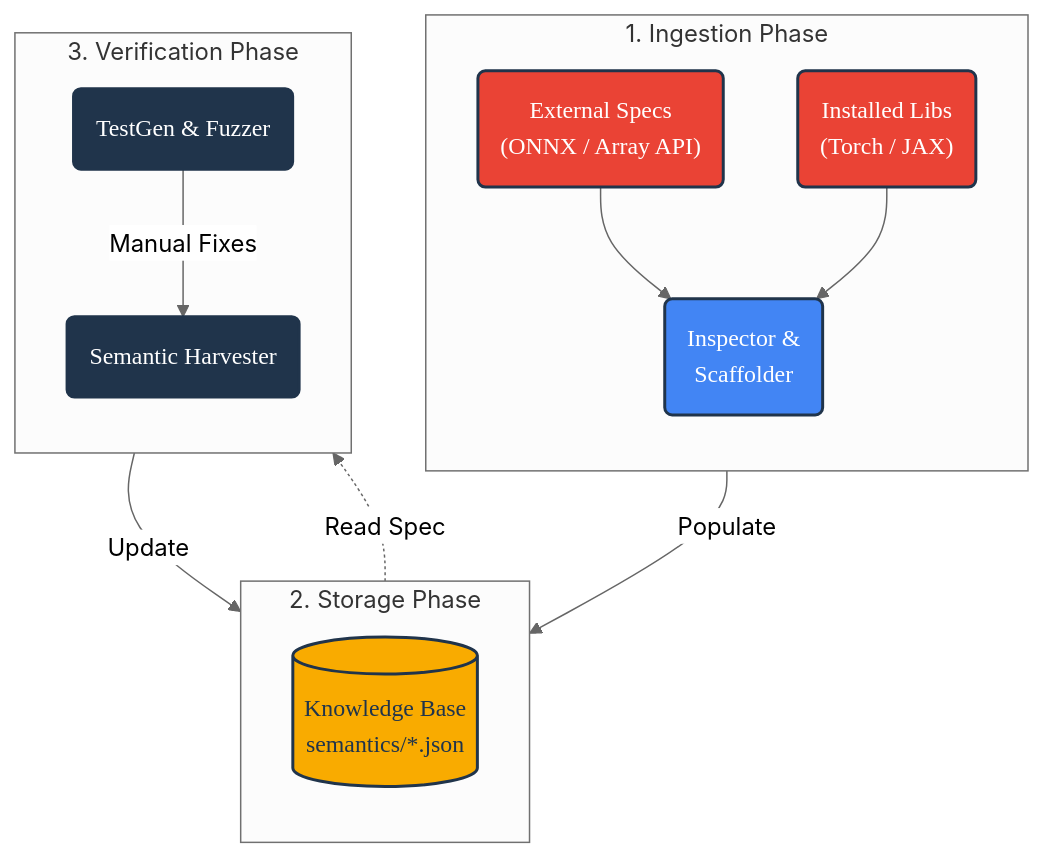
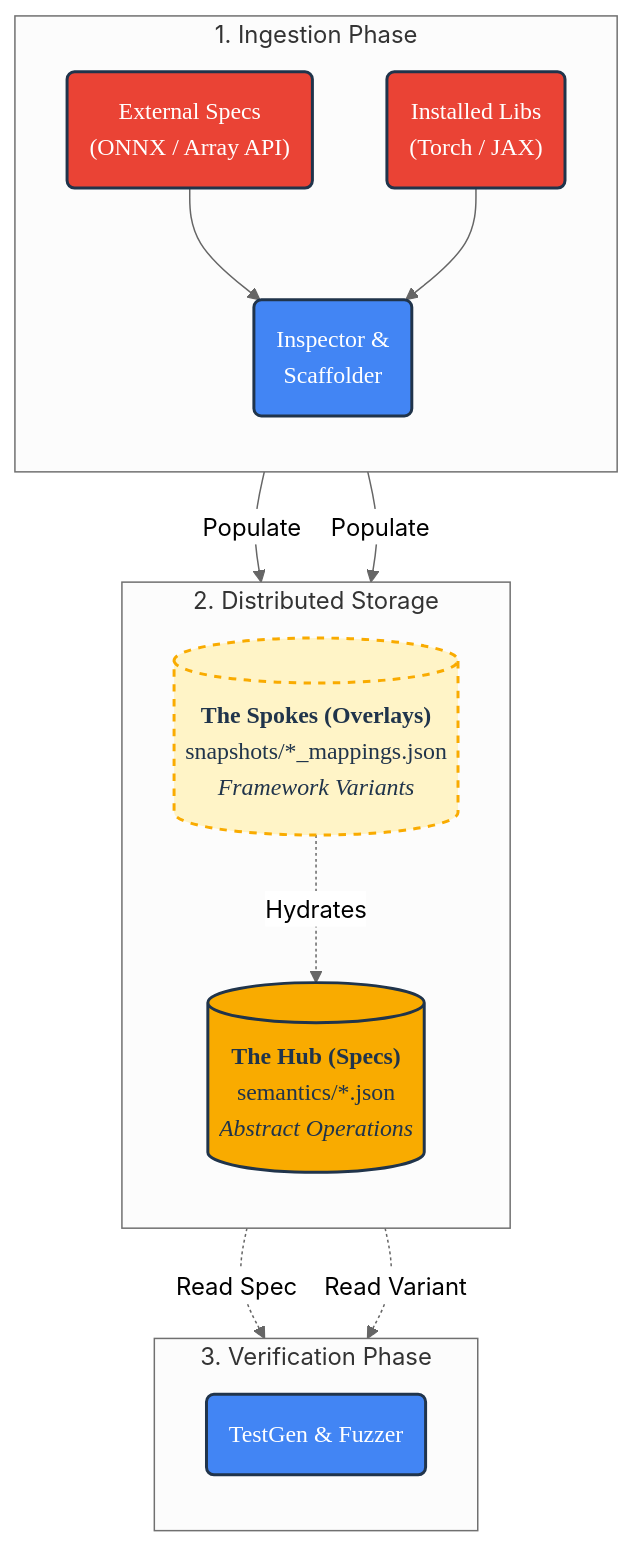
One commit to SamuelMarks/ml-switcheroo changed the first of 2 diagrams in ARCHITECTURE.md. Above: the diagram before and after it, drawn with Mermaid (neutral theme). The commit also changed other lines of this file and 28 other files, not shown here.

````diff
--- a/ARCHITECTURE.md
+++ b/ARCHITECTURE.md
@@ -24,40 +22,45 @@
 ```mermaid
 graph TD
-    %% --- STYLE DEFINITIONS ---
-    classDef default font-family:'Google Sans Normal',color:#20344b,stroke:#20344b;
-    classDef input fill:#ea4335,stroke:#20344b,stroke-width:2px,color:#ffffff,font-family:'Google Sans Medium',rx:5px;
-    classDef build fill:#4285f4,stroke:#20344b,stroke-width:2px,color:#ffffff,font-family:'Google Sans Medium',rx:5px;
-    classDef store fill:#f9ab00,stroke:#20344b,stroke-width:2px,color:#20344b,font-family:'Google Sans Medium',rx:0px;
-    classDef verify fill:#20344b,stroke:#20344b,stroke-width:2px,color:#ffffff,font-family:'Google Sans Medium',rx:5px;
+    %% --- STYLE DEFINITIONS --- 
+    classDef default font-family:'Google Sans',color:#20344b,stroke:#20344b; 
+    classDef input fill:#ea4335,stroke:#20344b,stroke-width:2px,color:#ffffff,font-family:'Google Sans',rx:5px; 
+    classDef build fill:#4285f4,stroke:#20344b,stroke-width:2px,color:#ffffff,font-family:'Google Sans',rx:5px; 
+    classDef hub fill:#f9ab00,stroke:#20344b,stroke-width:2px,color:#20344b,font-family:'Google Sans',rx:5px; 
+    classDef spoke fill:#fff4c7,stroke:#f9ab00,stroke-width:2px,stroke-dasharray: 5 5,color:#20344b,font-family:'Google Sans',rx:5px; 
 
-    %% --- PHASE 1: DISCOVERY ---
-    subgraph P1 [1. Ingestion Phase]
+    %% --- PHASE 1: DISCOVERY --- 
+    subgraph P1 ["1. Ingestion Phase"]
         direction TB
         STANDARDS("External Specs<br/>(ONNX / Array API)"):::input
         LIBS("Installed Libs<br/>(Torch / JAX)"):::input
         
         INSPECTOR("Inspector &<br/>Scaffolder"):::build
         
         STANDARDS --> INSPECTOR
         LIBS --> INSPECTOR
     end
 
-    %% --- PHASE 2: STORAGE ---
-    subgraph P2 [2. Storage Phase]
+    %% --- PHASE 2: STORAGE --- 
+    subgraph P2 ["2. Distributed Storage"]
         direction TB
-        JSON[("Knowledge Base<br/>semantics/*.json")]:::store
+        HUB[("<b>The Hub (Specs)</b><br/>semantics/*.json<br/><i>Abstract Operations</i>")]:::hub
+        SPOKE[("<b>The Spokes (Overlays)</b><br/>snapshots/*_mappings.json<br/><i>Framework Variants</i>")]:::spoke
+        
+        %% Internal Context Link
+        SPOKE -.->|" Hydrates "| HUB
     end
-    
-    INSPECTOR -->|"Populate"| JSON
 
-    %% --- PHASE 3: VERIFICATION ---
-    subgraph P3 [3. Verification Phase]
+    %% Flow P1 -> P2 (Creates Vertical Spine)
+    INSPECTOR -->|"Populate"| HUB
+    INSPECTOR -->|"Populate"| SPOKE
+
+    %% --- PHASE 3: VERIFICATION --- 
+    subgraph P3 ["3. Verification Phase"]
         direction TB
-        TESTER("TestGen & Fuzzer"):::verify
-        HARVEST("Semantic Harvester"):::verify
-        
-        JSON -.->|"Read Spec"| TESTER
-        TESTER --"Manual Fixes"--> HARVEST
-        HARVEST -->|"Update"| JSON
+        TESTER("TestGen & Fuzzer"):::build
     end
+
+    %% Flow P2 -> P3 (Continues Vertical Spine)
+    HUB -.->|"Read Spec"| TESTER
+    SPOKE -.->|"Read Variant"| TESTER
 ```
````
